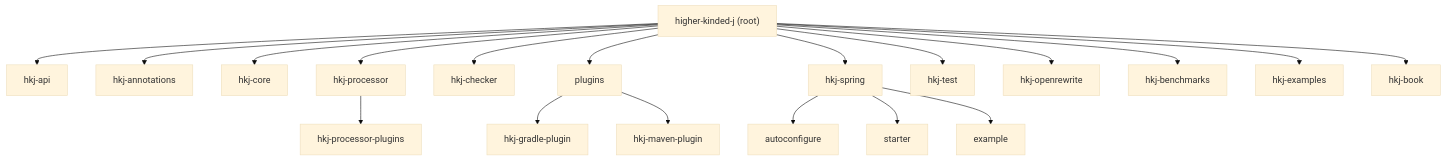
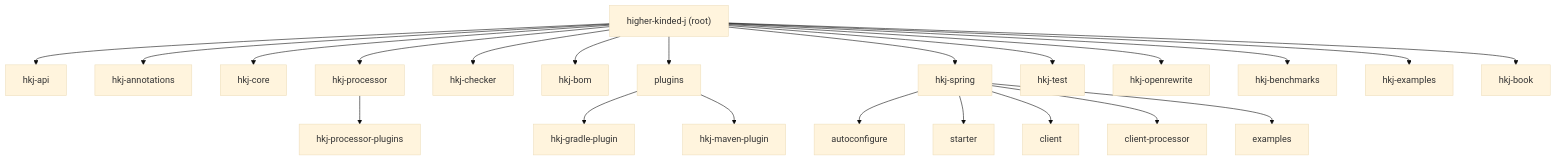
One commit to higher-kinded-j/higher-kinded-j changed the second of 2 diagrams in README.md. Above: the diagram before and after it, drawn with Mermaid (base theme). The commit also changed other lines of this file and 31 other files, not shown here.

First line of the commit message:
The front pages describe 0.4.11, and the setup they show works: Spring clients, the Maven plugin, the BOM and the recipes (#1002)

````diff
--- a/README.md
+++ b/README.md
@@ -273,21 +268,24 @@
 ```mermaid
 graph TD;
     root["higher-kinded-j (root)"] --> hkj_api["hkj-api"];
     root --> hkj_annotations["hkj-annotations"];
     root --> hkj_core["hkj-core"];
     root --> hkj_processor["hkj-processor"];
     hkj_processor --> hkj_processor_plugins["hkj-processor-plugins"];
     root --> hkj_checker["hkj-checker"];
+    root --> hkj_bom["hkj-bom"];
     root --> plugins["plugins"];
     plugins --> hkj_gradle_plugin["hkj-gradle-plugin"];
     plugins --> hkj_maven_plugin["hkj-maven-plugin"];
     root --> hkj_spring["hkj-spring"];
     hkj_spring --> hkj_spring_autoconfigure["autoconfigure"];
     hkj_spring --> hkj_spring_starter["starter"];
-    hkj_spring --> hkj_spring_example["example"];
+    hkj_spring --> hkj_spring_client["client"];
+    hkj_spring --> hkj_spring_client_processor["client-processor"];
+    hkj_spring --> hkj_spring_example["examples"];
     root --> hkj_test["hkj-test"];
     root --> hkj_openrewrite["hkj-openrewrite"];
     root --> hkj_benchmarks["hkj-benchmarks"];
     root --> hkj_examples["hkj-examples"];
     root --> hkj_book["hkj-book"];
 ```
````
